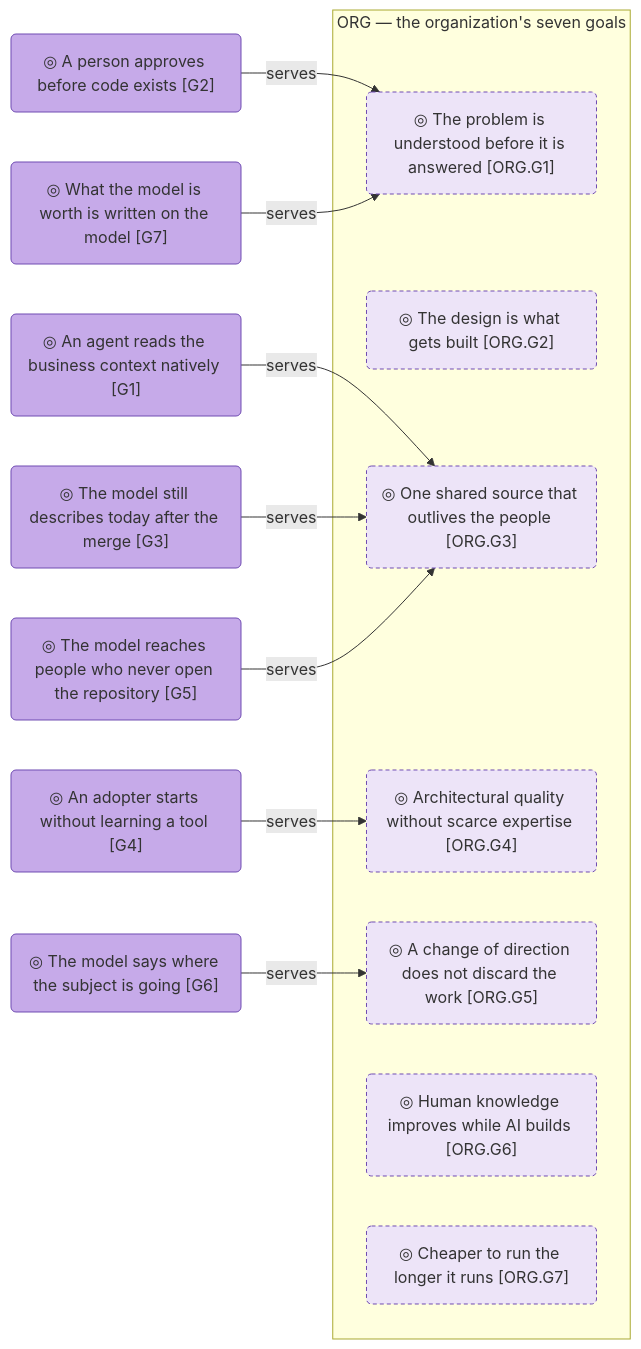
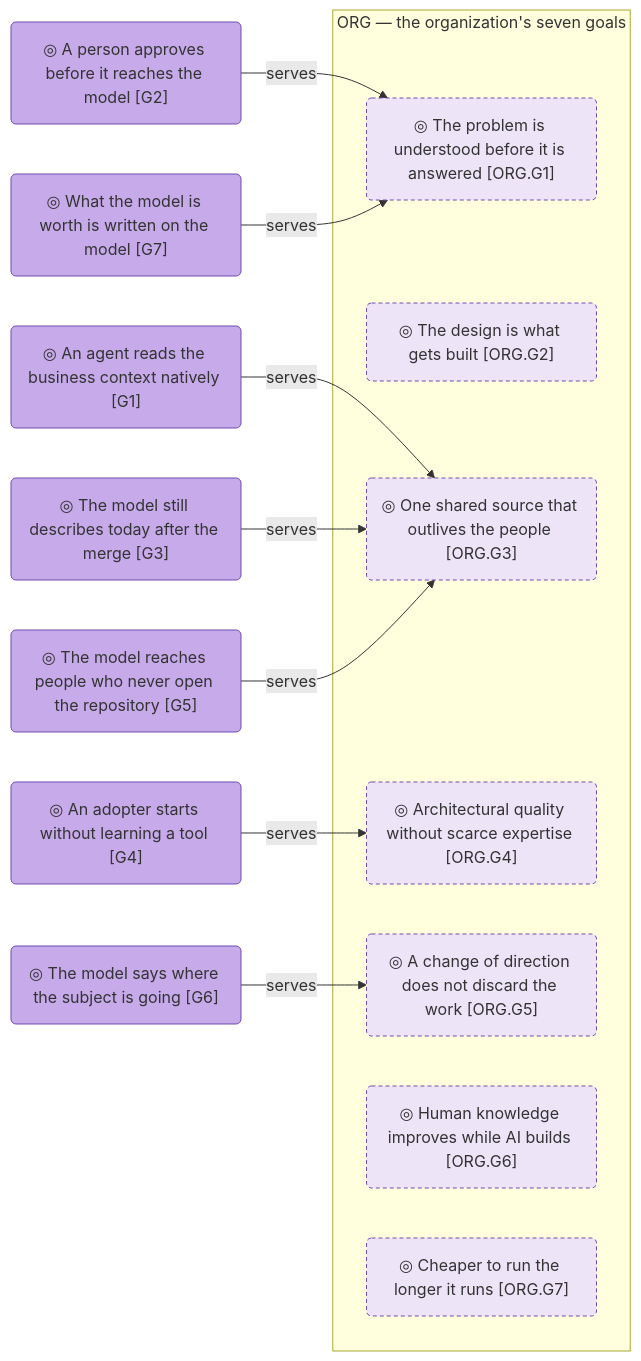
One commit to roanboc/architecture-archreator changed the third of 3 diagrams in product-archreator/architecture/1_strategy/1_motivation.md. Above: the diagram before and after it, drawn with Mermaid. The commit also changed other lines of this file and 18 other files, not shown here.

````diff
--- a/product-archreator/architecture/1_strategy/1_motivation.md
+++ b/product-archreator/architecture/1_strategy/1_motivation.md
@@ -124,31 +124,31 @@
 ```mermaid
 flowchart LR
   g1("◎ An agent reads the business context natively [G1]"):::goal
-  g2("◎ A person approves before code exists [G2]"):::goal
+  g2("◎ A person approves before it reaches the model [G2]"):::goal
   g3("◎ The model still describes today after the merge [G3]"):::goal
   g4("◎ An adopter starts without learning a tool [G4]"):::goal
   g5("◎ The model reaches people who never open the repository [G5]"):::goal
   g6("◎ The model says where the subject is going [G6]"):::goal
   g7("◎ What the model is worth is written on the model [G7]"):::goal
 
   subgraph org["ORG — the organization's seven goals"]
     o1("◎ The problem is understood before it is answered [ORG.G1]"):::parent
     o2("◎ The design is what gets built [ORG.G2]"):::parent
     o3("◎ One shared source that outlives the people [ORG.G3]"):::parent
     o4("◎ Architectural quality without scarce expertise [ORG.G4]"):::parent
     o5("◎ A change of direction does not discard the work [ORG.G5]"):::parent
     o6("◎ Human knowledge improves while AI builds [ORG.G6]"):::parent
     o7("◎ Cheaper to run the longer it runs [ORG.G7]"):::parent
   end
 
   g1 -->|serves| o3
   g2 -->|serves| o1
   g3 -->|serves| o3
   g4 -->|serves| o4
   g5 -->|serves| o3
   g6 -->|serves| o5
   g7 -->|serves| o1
 
   classDef goal fill:#c6aae9,stroke:#6f4bb2,color:#333
   classDef parent fill:#ede4f8,stroke:#6f4bb2,color:#333,stroke-dasharray: 4 3
 ```
````
